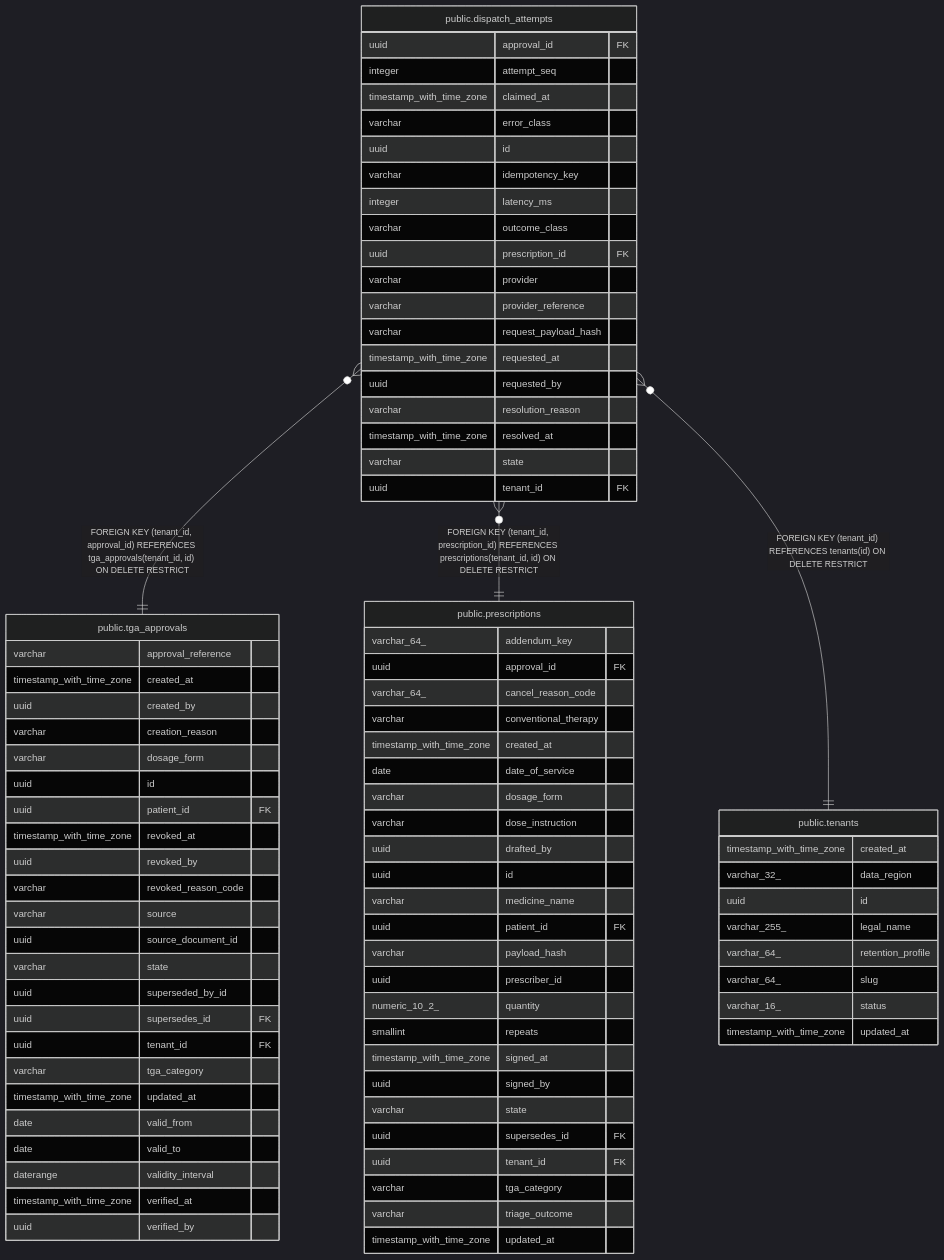
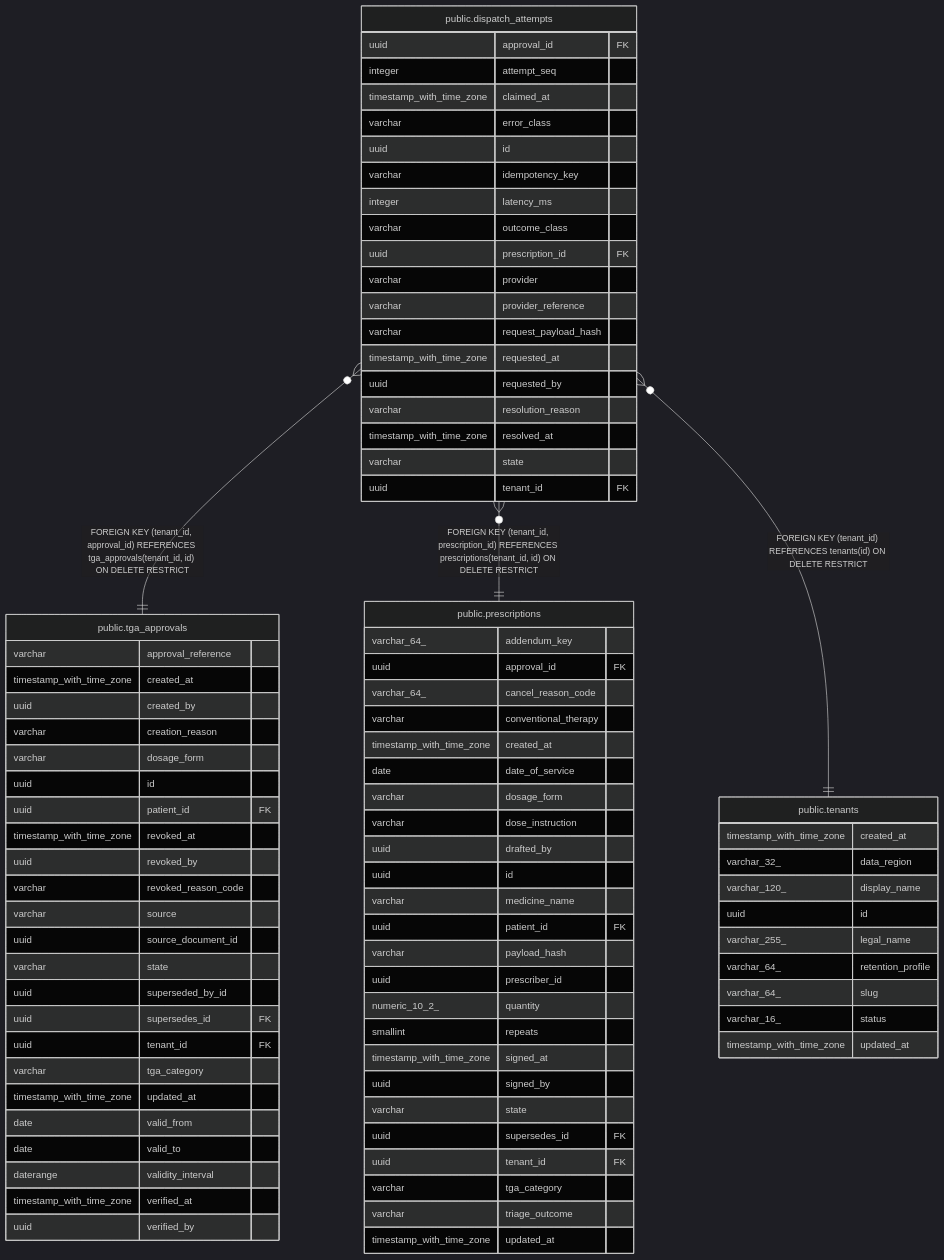
One commit to irajput215/clinic-os changed the diagram in docs/reference/schema/public.dispatch_attempts.md. Above: the diagram before and after it, drawn with Mermaid (dark theme). The commit also changed 34 other files, not shown here.

First line of the commit message:
feat(tenancy): a PUBLIC clinic display name, set by the Practice Owner and audited

```diff
--- a/docs/reference/schema/public.dispatch_attempts.md
+++ b/docs/reference/schema/public.dispatch_attempts.md
@@ -154,6 +154,7 @@
 "public.tenants" {
   timestamp_with_time_zone created_at
   varchar_32_ data_region
+  varchar_120_ display_name
   uuid id
   varchar_255_ legal_name
   varchar_64_ retention_profile
```
